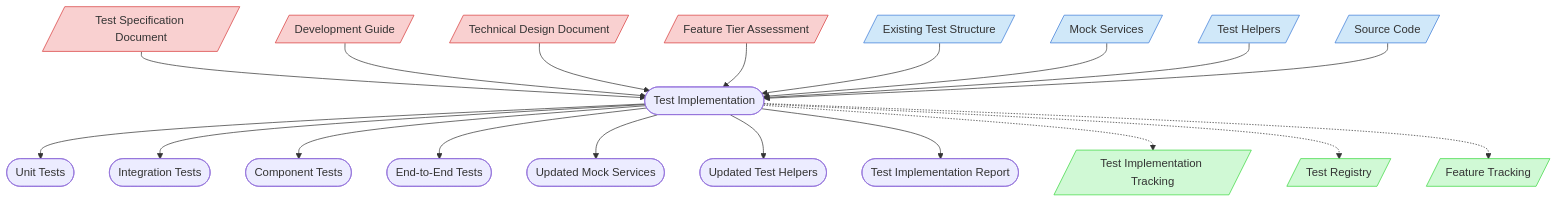
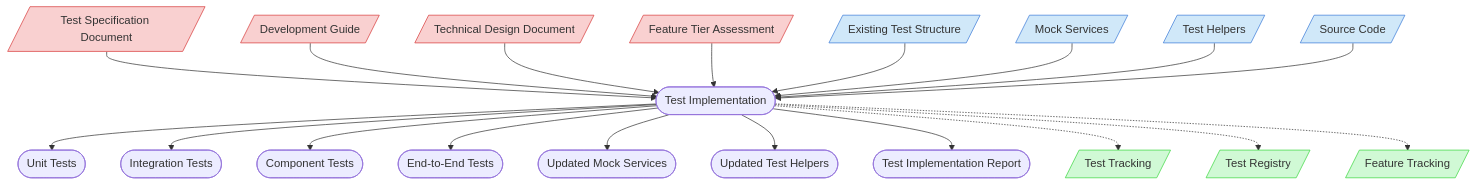
Before and after one commit to Abtomation/LinkWatcher: the diagram in doc/process-framework/visualization/context-maps/03-testing/test-implementation-map.md, drawn with Mermaid. The commit also changed other lines of this file and 513 other files, not shown here.

````diff
--- a/doc/process-framework/visualization/context-maps/03-testing/test-implementation-map.md
+++ b/doc/process-framework/visualization/context-maps/03-testing/test-implementation-map.md
@@ -23,33 +23,33 @@
 ```mermaid
 graph TD
     classDef critical fill:#f9d0d0,stroke:#d83a3a
     classDef important fill:#d0e8f9,stroke:#3a7bd8
     classDef reference fill:#d0f9d5,stroke:#3ad83f
 
     TestSpec[/Test Specification Document/] --> TestImpl([Test Implementation])
     DevGuide[/Development Guide/] --> TestImpl
     TDD[/Technical Design Document/] --> TestImpl
     TierAssessment[/Feature Tier Assessment/] --> TestImpl
 
     TestImpl --> UnitTests([Unit Tests])
     TestImpl --> IntegrationTests([Integration Tests])
     TestImpl --> ComponentTests([Component Tests])
     TestImpl --> E2ETests([End-to-End Tests])
 
     TestStructure[/Existing Test Structure/] --> TestImpl
     MockServices[/Mock Services/] --> TestImpl
     TestHelpers[/Test Helpers/] --> TestImpl
     SourceCode[/Source Code/] --> TestImpl
 
     TestImpl --> UpdatedMocks([Updated Mock Services])
     TestImpl --> UpdatedHelpers([Updated Test Helpers])
     TestImpl --> TestReport([Test Implementation Report])
 
-    TestImpl -.-> TestImplTracking[/Test Implementation Tracking/]
+    TestImpl -.-> TestImplTracking[/Test Tracking/]
     TestImpl -.-> TestRegistry[/Test Registry/]
     TestImpl -.-> FeatureTracking[/Feature Tracking/]
 
     class TestSpec,DevGuide,TDD,TierAssessment critical
     class TestStructure,MockServices,TestHelpers,SourceCode important
     class TestImplTracking,TestRegistry,FeatureTracking reference
 ```
````
